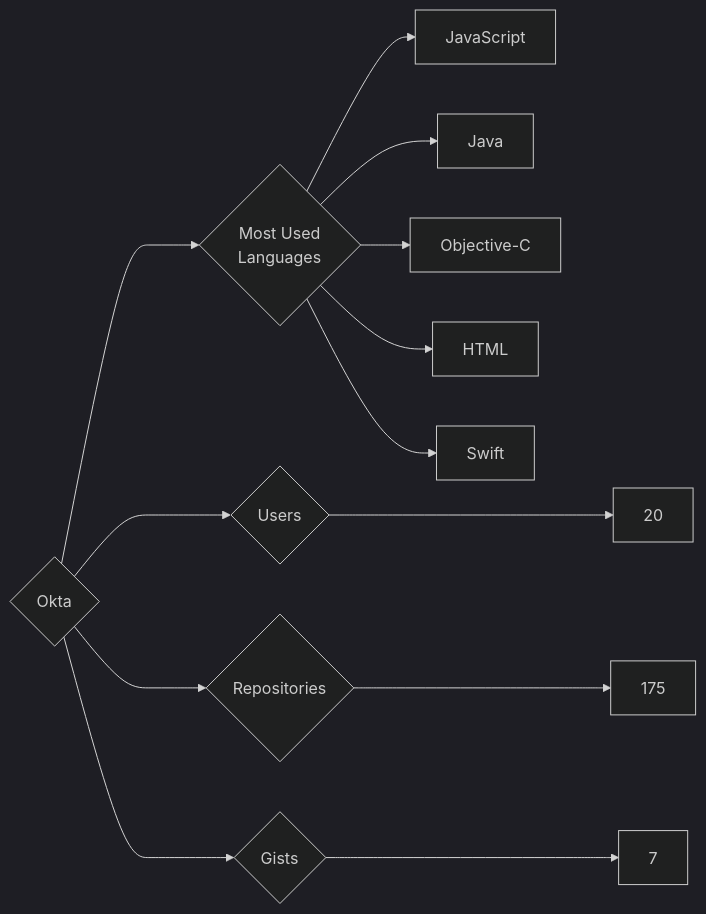
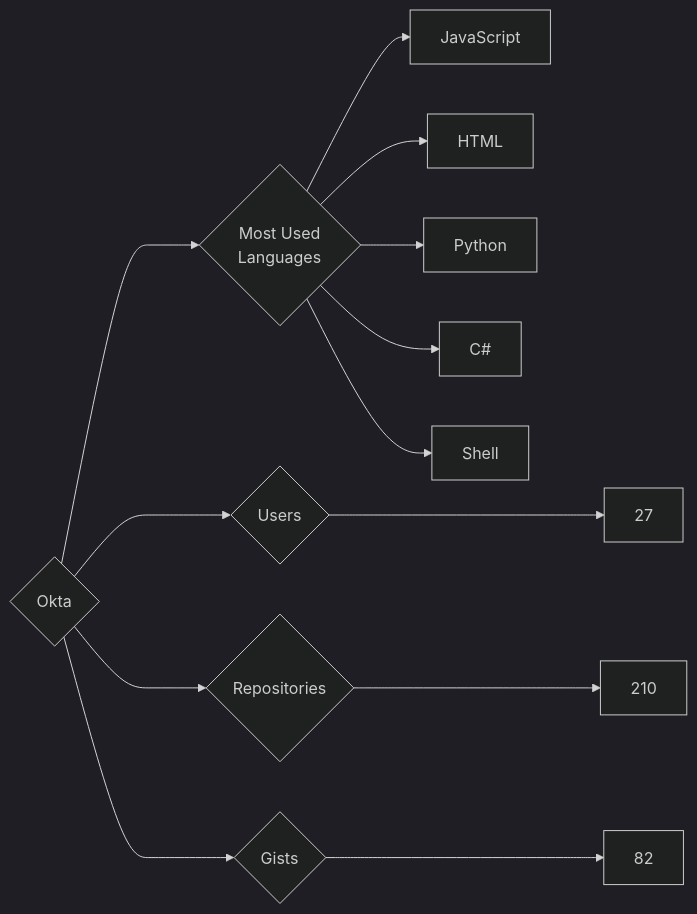
The diagram in targets/Okta/README.md (trickest/insiders), drawn with Mermaid (dark theme) before and after one commit. The commit also changed 835 other files, not shown here.

````diff
--- a/targets/Okta/README.md
+++ b/targets/Okta/README.md
@@ -3,13 +3,13 @@
 ```mermaid
 graph LR
 COMPANY_NAME{Okta}
-COMPANY_NAME ---> U{Users} ---> UN[20]
-COMPANY_NAME ---> R{Repositories} ---> RN[175]
-COMPANY_NAME ---> G{Gists} ---> GN[7]
+COMPANY_NAME ---> U{Users} ---> UN[27]
+COMPANY_NAME ---> R{Repositories} ---> RN[210]
+COMPANY_NAME ---> G{Gists} ---> GN[82]
 COMPANY_NAME ---> ML{Most Used<br>Languages}
 ML --> JavaScript[JavaScript]
-ML --> Java[Java]
-ML --> Objective-C[Objective-C]
 ML --> HTML[HTML]
-ML --> Swift[Swift]
+ML --> Python[Python]
+ML --> C#[C#]
+ML --> Shell[Shell]
 ```
````
